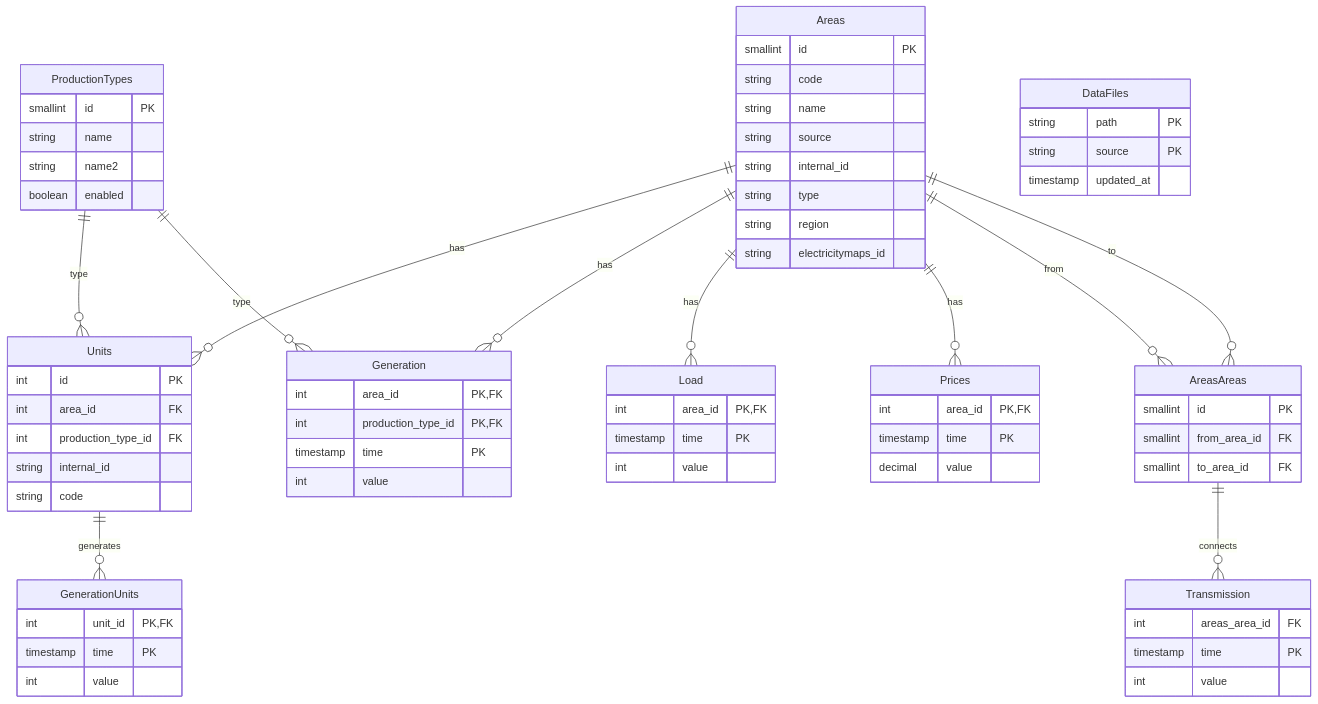
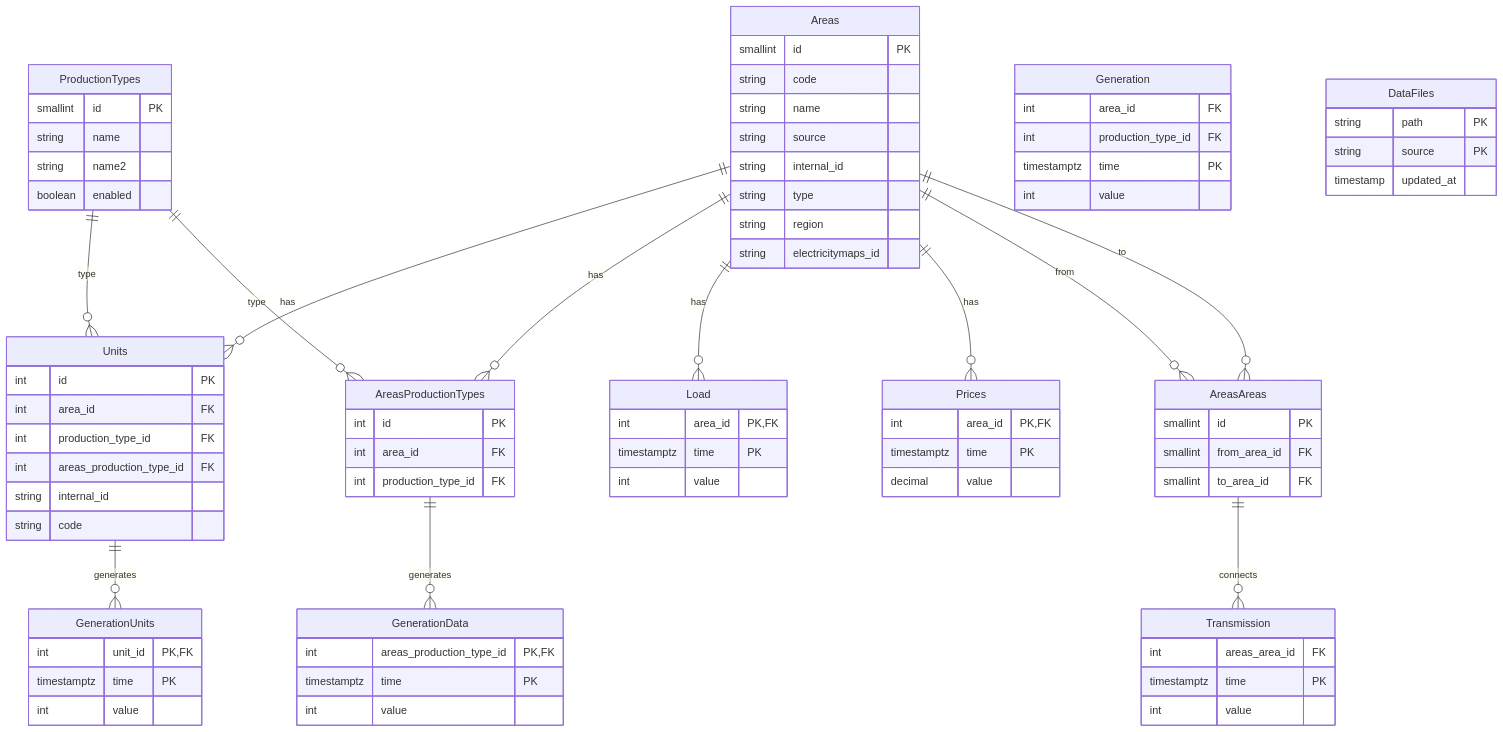
Before and after one commit to intermittentnrg/intermittent-importers: the diagram in README.md, drawn with Mermaid. The commit also changed other lines of this file, not shown here.

````diff
--- a/README.md
+++ b/README.md
@@ -176,32 +188,43 @@
         string name2
         boolean enabled
     }
+    AreasProductionTypes {
+        int id PK
+        int area_id FK
+        int production_type_id FK
+    }
     Units {
         int id PK
         int area_id FK
         int production_type_id FK
+        int areas_production_type_id FK
         string internal_id
         string code
     }
     GenerationUnits {
         int unit_id PK,FK
-        timestamp time PK
+        timestamptz time PK
+        int value
+    }
+    GenerationData {
+        int areas_production_type_id PK,FK
+        timestamptz time PK
         int value
     }
     Generation {
-        int area_id PK,FK
-        int production_type_id PK,FK
-        timestamp time PK
+        int area_id FK
+        int production_type_id FK
+        timestamptz time PK
         int value
     }
     Load {
         int area_id PK,FK
-        timestamp time PK
+        timestamptz time PK
         int value
     }
     Transmission {
         int areas_area_id FK
-        timestamp time PK
+        timestamptz time PK
         int value
     }
     AreasAreas {
@@ -211,7 +234,7 @@
     }
     Prices {
         int area_id PK,FK
-        timestamp time PK
+        timestamptz time PK
         decimal value
     }
     DataFiles {
@@ -221,13 +244,14 @@
     }
 
     Areas ||--o{ Units : "has"
-    Areas ||--o{ Generation : "has"
+    Areas ||--o{ AreasProductionTypes : "has"
     Areas ||--o{ Load : "has"
     Areas ||--o{ Prices : "has"
     Areas ||--o{ AreasAreas : "from"
     Areas ||--o{ AreasAreas : "to"
     ProductionTypes ||--o{ Units : "type"
-    ProductionTypes ||--o{ Generation : "type"
+    ProductionTypes ||--o{ AreasProductionTypes : "type"
+    AreasProductionTypes ||--o{ GenerationData : "generates"
     Units ||--o{ GenerationUnits : "generates"
     AreasAreas ||--o{ Transmission : "connects"
 ```
````
